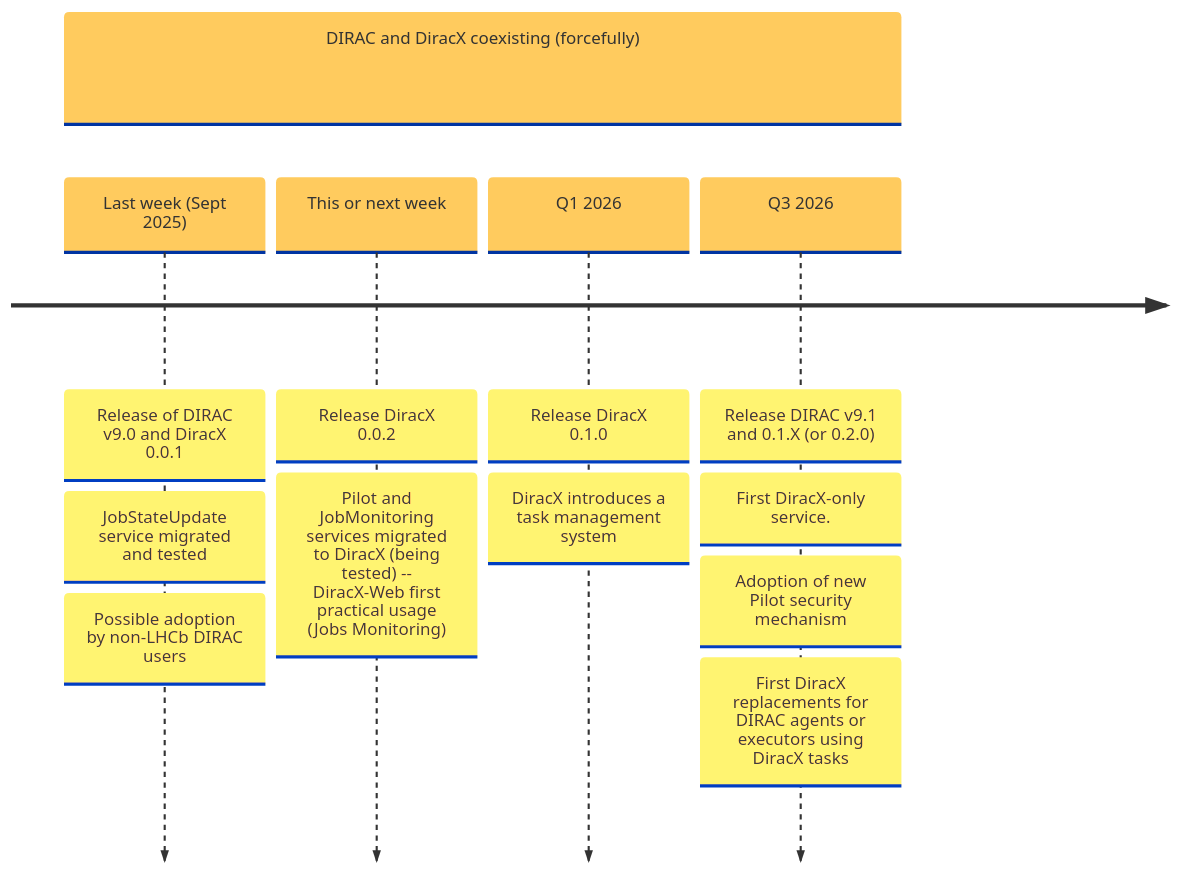
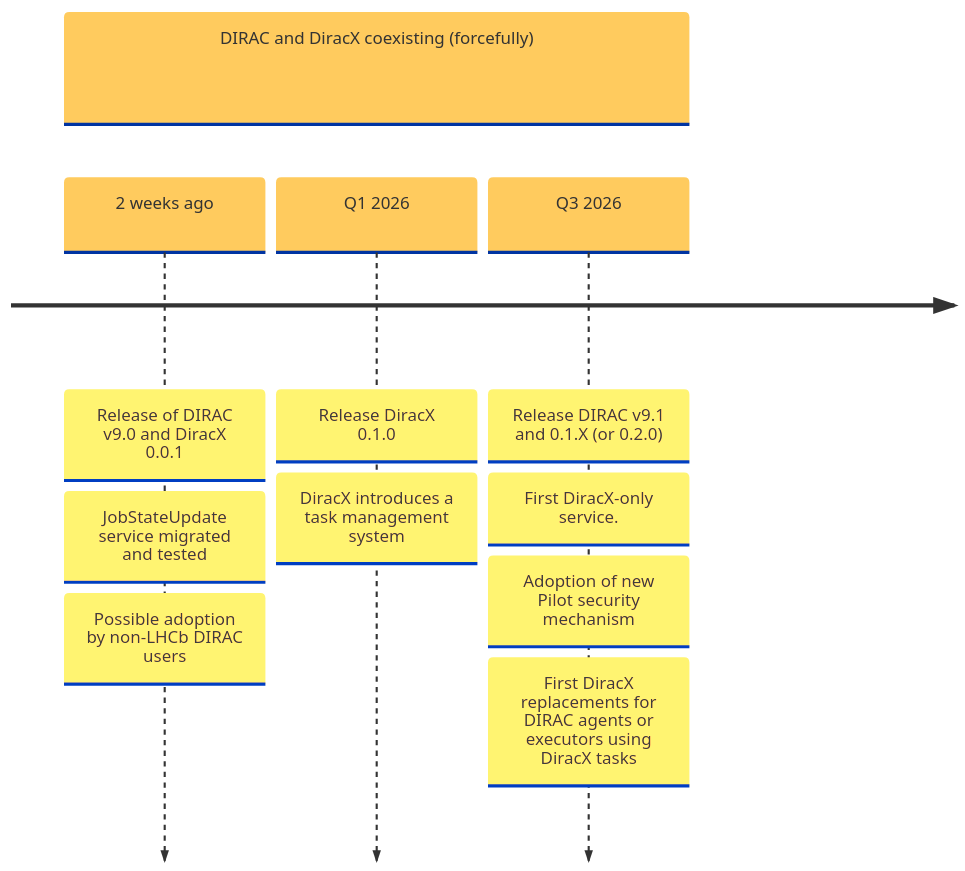
The second of 5 diagrams in slides.md (fstagni/2025_Rucio_Workshop), drawn with Mermaid before and after one commit. The commit also changed other lines of this file, not shown here.

````diff
--- a/slides.md
+++ b/slides.md
@@ -276,16 +269,14 @@
 ```mermaid {scale:0.5}
 %%{init: { 'logLevel': 'debug', 'theme': 'base', 'timeline': {'disableMulticolor': true}}}%%
     timeline
         section DIRAC and DiracX coexisting (forcefully)
-            Last week (Sept 2025) : Release of DIRAC v9.0 and DiracX 0.0.1
-                                  : JobStateUpdate service migrated and tested
-                                  : Possible adoption by non-LHCb DIRAC users
-            This or next week : Release DiracX 0.0.2
-                              : Pilot and JobMonitoring services migrated to DiracX (being tested) -- DiracX-Web first practical usage (Jobs Monitoring)
+            2 weeks ago : Release of DIRAC v9.0 and DiracX 0.0.1
+                        : JobStateUpdate service migrated and tested
+                        : Possible adoption by non-LHCb DIRAC users
             Q1 2026 : Release DiracX 0.1.0
                     : DiracX introduces a task management system
             Q3 2026 : Release DIRAC v9.1 and 0.1.X (or 0.2.0)
                     : First DiracX-only service.
                     : Adoption of new Pilot security mechanism
                     : First DiracX replacements for DIRAC agents or executors using DiracX tasks
 ```
````
